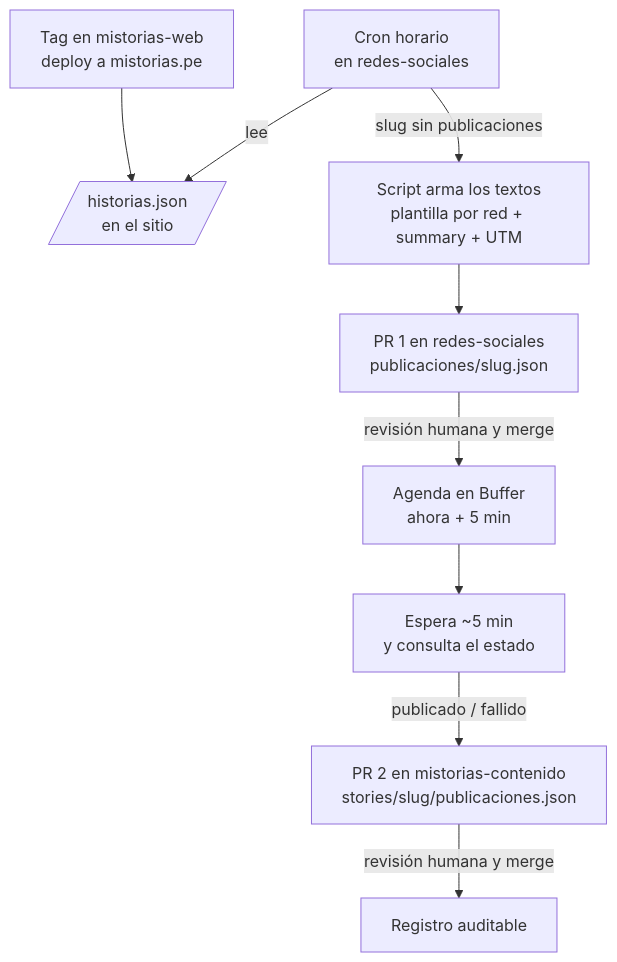
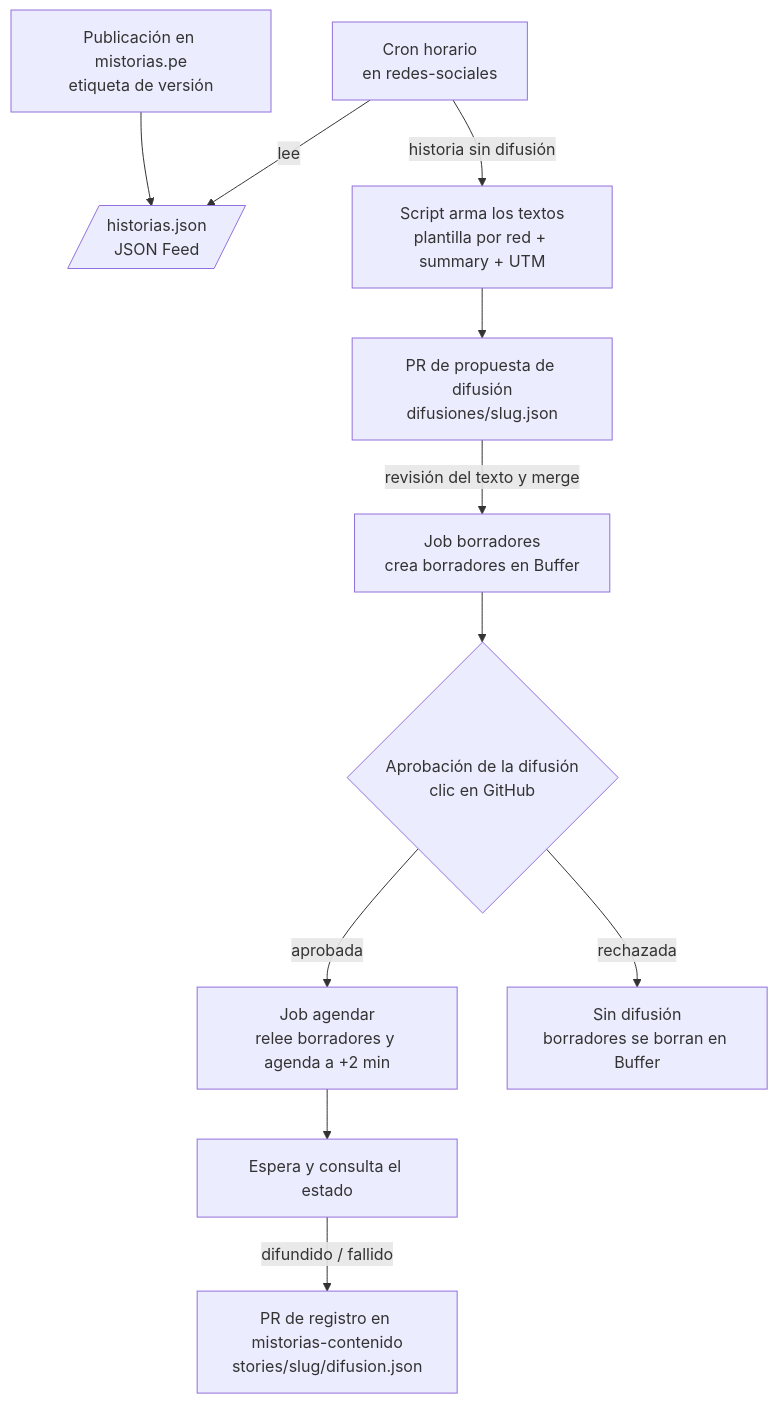
Before and after one commit to mistorias/mistorias-redes-sociales: the diagram in docs/adr/0003-flujo-de-difusion-automatica.md, drawn with Mermaid. The commit also changed other lines of this file and 3 other files, not shown here.

First line of the commit message:
docs: la difusión pasa por borradores en Buffer y una aprobación aparte, agendada a dos minutos

````diff
--- a/docs/adr/0003-flujo-de-difusion-automatica.md
+++ b/docs/adr/0003-flujo-de-difusion-automatica.md
@@ -32,11 +37,13 @@
 ```mermaid
 flowchart TD
-  A[Tag en mistorias-web<br/>deploy a mistorias.pe] --> B[/historias.json<br/>en el sitio/]
+  A[Publicación en mistorias.pe<br/>etiqueta de versión] --> B[/historias.json<br/>JSON Feed/]
   C[Cron horario<br/>en redes-sociales] -->|lee| B
-  C -->|slug sin publicaciones| D[Script arma los textos<br/>plantilla por red + summary + UTM]
-  D --> E[PR 1 en redes-sociales<br/>publicaciones/slug.json]
-  E -->|revisión humana y merge| F[Agenda en Buffer<br/>ahora + 5 min]
-  F --> G[Espera ~5 min<br/>y consulta el estado]
-  G -->|publicado / fallido| H[PR 2 en mistorias-contenido<br/>stories/slug/publicaciones.json]
-  H -->|revisión humana y merge| I[Registro auditable]
+  C -->|historia sin difusión| D[Script arma los textos<br/>plantilla por red + summary + UTM]
+  D --> E[PR de propuesta de difusión<br/>difusiones/slug.json]
+  E -->|revisión del texto y merge| F[Job borradores<br/>crea borradores en Buffer]
+  F --> G{Aprobación de la difusión<br/>clic en GitHub}
+  G -->|aprobada| H[Job agendar<br/>relee borradores y agenda a +2 min]
+  G -->|rechazada| X[Sin difusión<br/>borradores se borran en Buffer]
+  H --> I[Espera y consulta el estado]
+  I -->|difundido / fallido| J[PR de registro en mistorias-contenido<br/>stories/slug/difusion.json]
 ```
````
